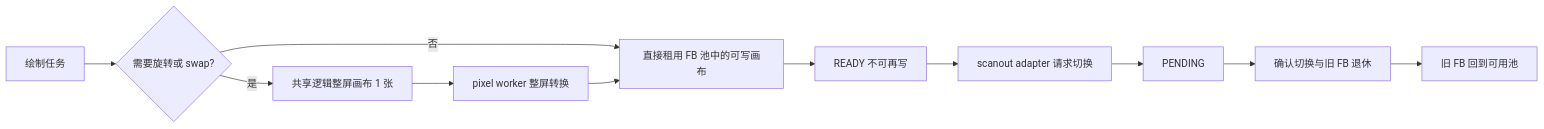
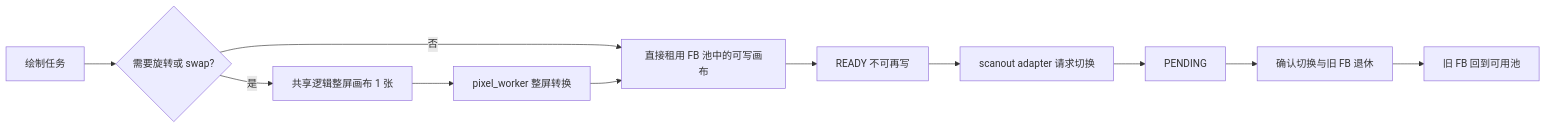
Before and after one commit to espressif2022/esp-iot-solution: the second of 7 diagrams in components/display/tools/esp_display_present/docs/MODE_BUFFER_TASK_REVIEW.md, drawn with Mermaid. The commit also changed other lines of this file and 65 other files, not shown here.

````diff
--- a/components/display/tools/esp_display_present/docs/MODE_BUFFER_TASK_REVIEW.md
+++ b/components/display/tools/esp_display_present/docs/MODE_BUFFER_TASK_REVIEW.md
@@ -178,13 +178,13 @@
 ```mermaid
 flowchart LR
     APP[绘制任务] --> CHOICE{需要旋转或 swap?}
     CHOICE -->|否| FB[直接租用 FB 池中的可写画布]
     CHOICE -->|是| LOGICAL[共享逻辑整屏画布 1 张]
-    LOGICAL --> PIX[pixel worker 整屏转换]
+    LOGICAL --> PIX[pixel_worker 整屏转换]
     PIX --> FB
     FB --> READY[READY 不可再写]
     READY --> SCAN[scanout adapter 请求切换]
     SCAN --> PENDING[PENDING]
     PENDING --> CONF[确认切换与旧 FB 退休]
     CONF --> FREE[旧 FB 回到可用池]
 ```
````
